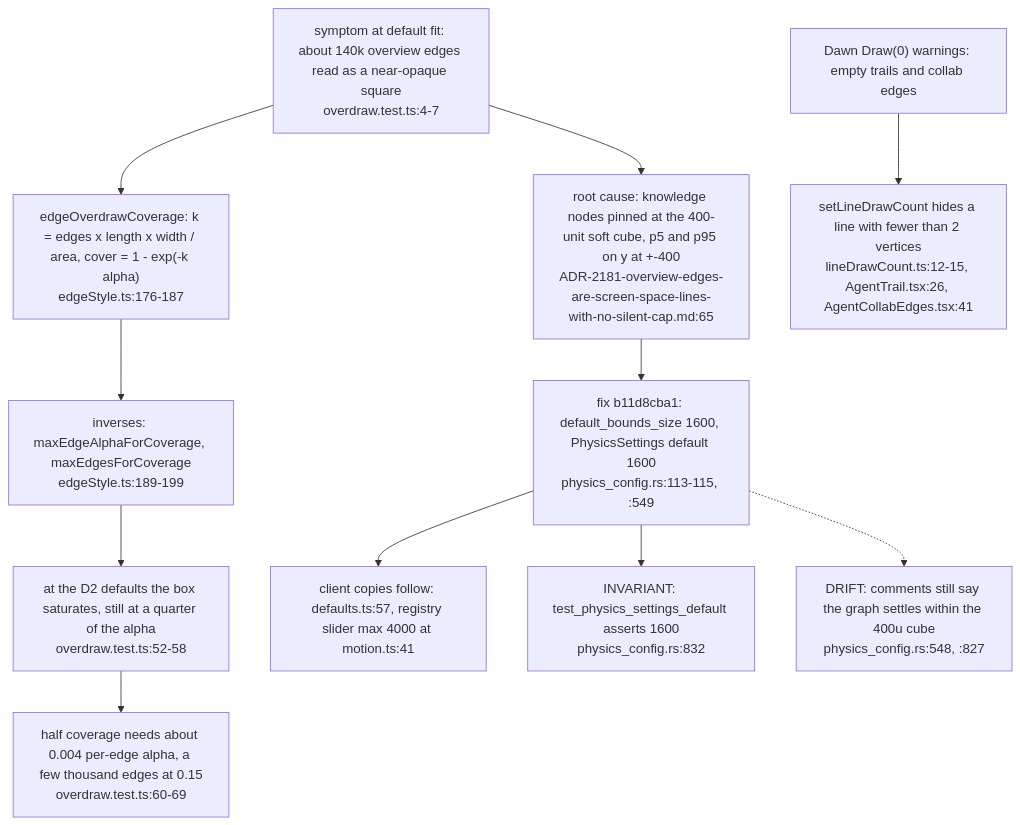
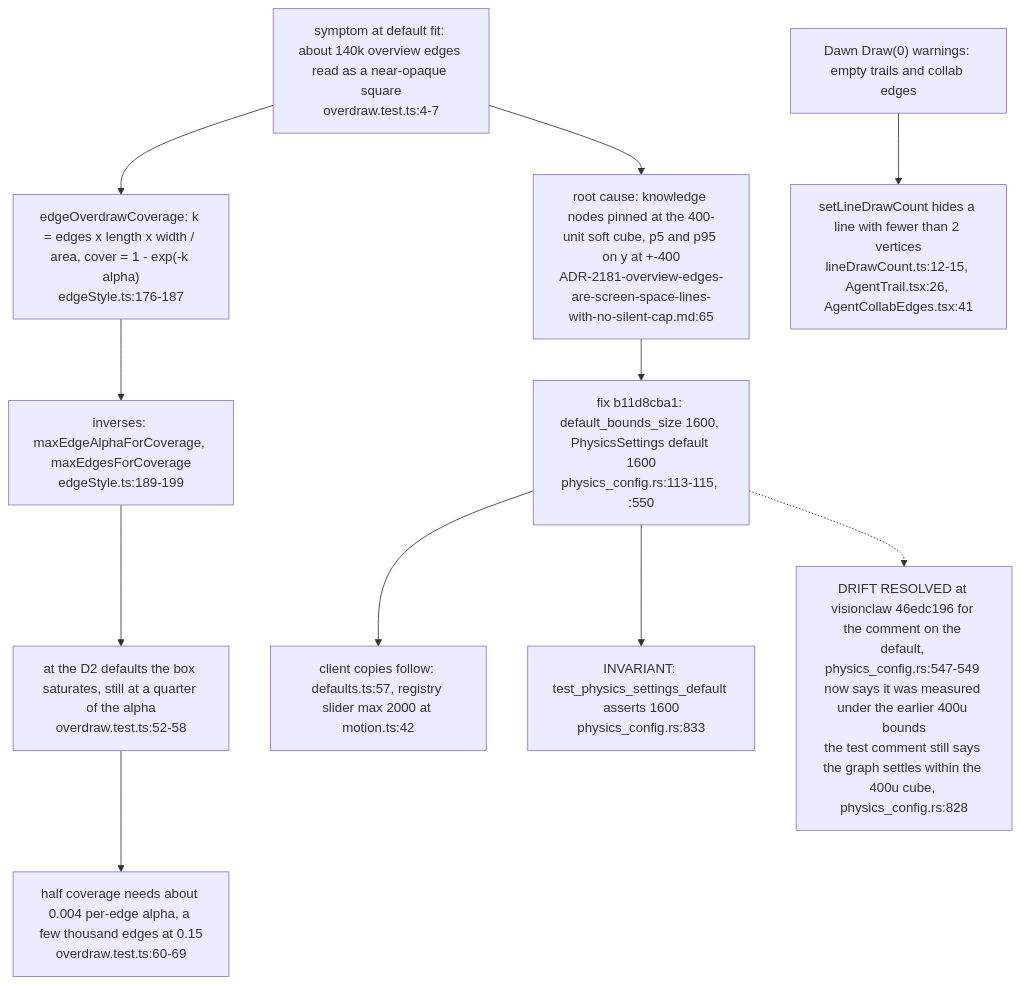
Before and after one commit to DreamLab-AI/VisionFlow: diagram 15 of 15 in docs/diagrams/visionclaw/31-client-graph-render-pipeline.md, drawn with Mermaid. The commit also changed other lines of this file and 49 other files, not shown here.

First line of the commit message:
docs(diagrams): re-derive and re-stamp VisionClaw, estate, knowledge-graph, visionGraph, VisionFlow and sidestr topics

````diff
--- a/docs/diagrams/visionclaw/31-client-graph-render-pipeline.md
+++ b/docs/diagrams/visionclaw/31-client-graph-render-pipeline.md
@@ -778,14 +778,14 @@
 ```mermaid
 flowchart TB
     SYM["symptom at default fit: about 140k overview edges read as a near-opaque square<br/>overdraw.test.ts:4-7"]
     SYM --> M1["edgeOverdrawCoverage: k = edges x length x width / area, cover = 1 - exp(-k alpha)<br/>edgeStyle.ts:176-187"]
     M1 --> M2["inverses: maxEdgeAlphaForCoverage, maxEdgesForCoverage<br/>edgeStyle.ts:189-199"]
     M2 --> M3["at the D2 defaults the box saturates, still at a quarter of the alpha<br/>overdraw.test.ts:52-58"]
     M3 --> M4["half coverage needs about 0.004 per-edge alpha, a few thousand edges at 0.15<br/>overdraw.test.ts:60-69"]
     SYM --> L1["root cause: knowledge nodes pinned at the 400-unit soft cube, p5 and p95 on y at +-400<br/>ADR-2181-overview-edges-are-screen-space-lines-with-no-silent-cap.md:65"]
-    L1 --> L2["fix b11d8cba1: default_bounds_size 1600, PhysicsSettings default 1600<br/>physics_config.rs:113-115, :549"]
-    L2 --> L3["client copies follow: defaults.ts:57, registry slider max 4000 at motion.ts:41"]
-    L2 --> L4["INVARIANT: test_physics_settings_default asserts 1600<br/>physics_config.rs:832"]
-    L2 -.-> DR["DRIFT: comments still say the graph settles within the 400u cube<br/>physics_config.rs:548, :827"]
+    L1 --> L2["fix b11d8cba1: default_bounds_size 1600, PhysicsSettings default 1600<br/>physics_config.rs:113-115, :550"]
+    L2 --> L3["client copies follow: defaults.ts:57, registry slider max 2000 at motion.ts:42"]
+    L2 --> L4["INVARIANT: test_physics_settings_default asserts 1600<br/>physics_config.rs:833"]
+    L2 -.-> DR["DRIFT RESOLVED at visionclaw 46edc196 for the comment on the default, physics_config.rs:547-549 now says it was measured under the earlier 400u bounds<br/>the test comment still says the graph settles within the 400u cube, physics_config.rs:828"]
     E1["Dawn Draw(0) warnings: empty trails and collab edges"] --> E2["setLineDrawCount hides a line with fewer than 2 vertices<br/>lineDrawCount.ts:12-15, AgentTrail.tsx:26, AgentCollabEdges.tsx:41"]
 ```
````
